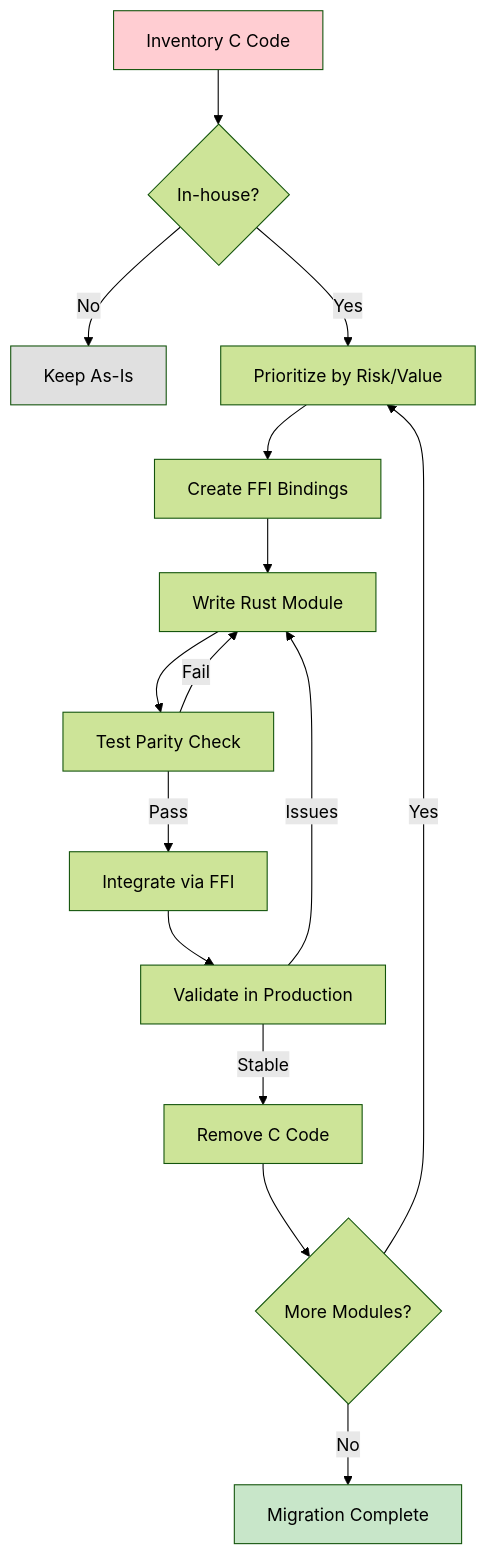
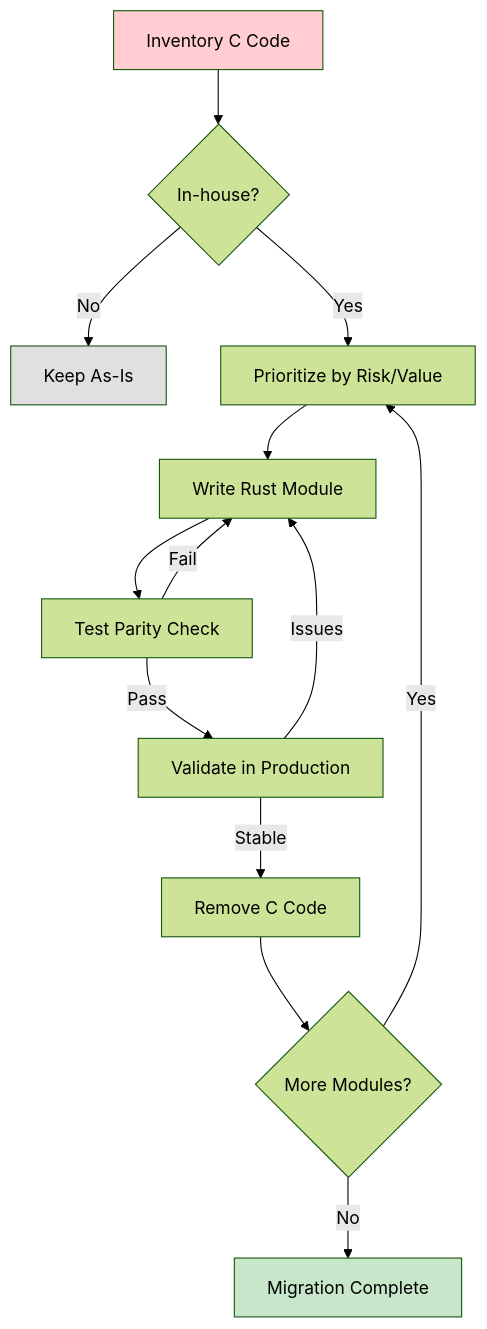
Before and after one commit to stephenlb/software-engieering-2026: the ninth of 9 diagrams in SOFTWARE-ENGINEERING-2026.md, drawn with Mermaid (forest theme). The commit also changed other lines of this file and 17 other files, not shown here.

````diff
--- a/SOFTWARE-ENGINEERING-2026.md
+++ b/SOFTWARE-ENGINEERING-2026.md
@@ -1794,21 +1871,19 @@
 ```mermaid
 flowchart TD
     A[Inventory C Code] --> B{In-house?}
     B -->|No| C[Keep As-Is]
     B -->|Yes| D[Prioritize by Risk/Value]
-    D --> E[Create FFI Bindings]
-    E --> F[Write Rust Module]
-    F --> G[Test Parity Check]
-    G -->|Fail| F
-    G -->|Pass| H[Integrate via FFI]
-    H --> I[Validate in Production]
-    I -->|Issues| F
-    I -->|Stable| J[Remove C Code]
-    J --> K{More Modules?}
-    K -->|Yes| D
-    K -->|No| L[Migration Complete]
+    D --> E[Write Rust Module]
+    E --> F[Test Parity Check]
+    F -->|Fail| E
+    F -->|Pass| G[Validate in Production]
+    G -->|Issues| E
+    G -->|Stable| H[Remove C Code]
+    H --> I{More Modules?}
+    I -->|Yes| D
+    I -->|No| J[Migration Complete]
 
     style A fill:#FFCDD2
-    style L fill:#C8E6C9
+    style J fill:#C8E6C9
     style C fill:#E0E0E0
 ```
````
